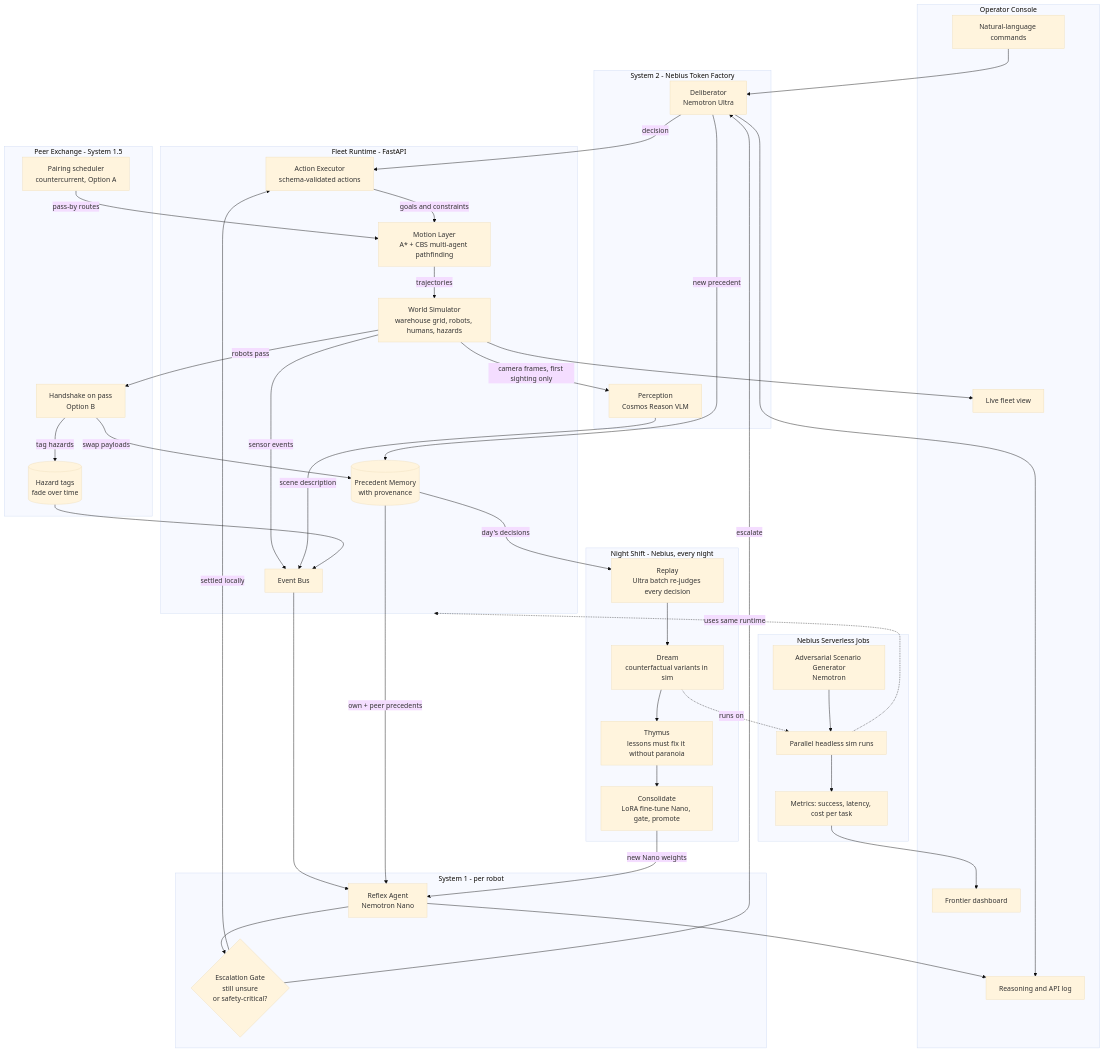
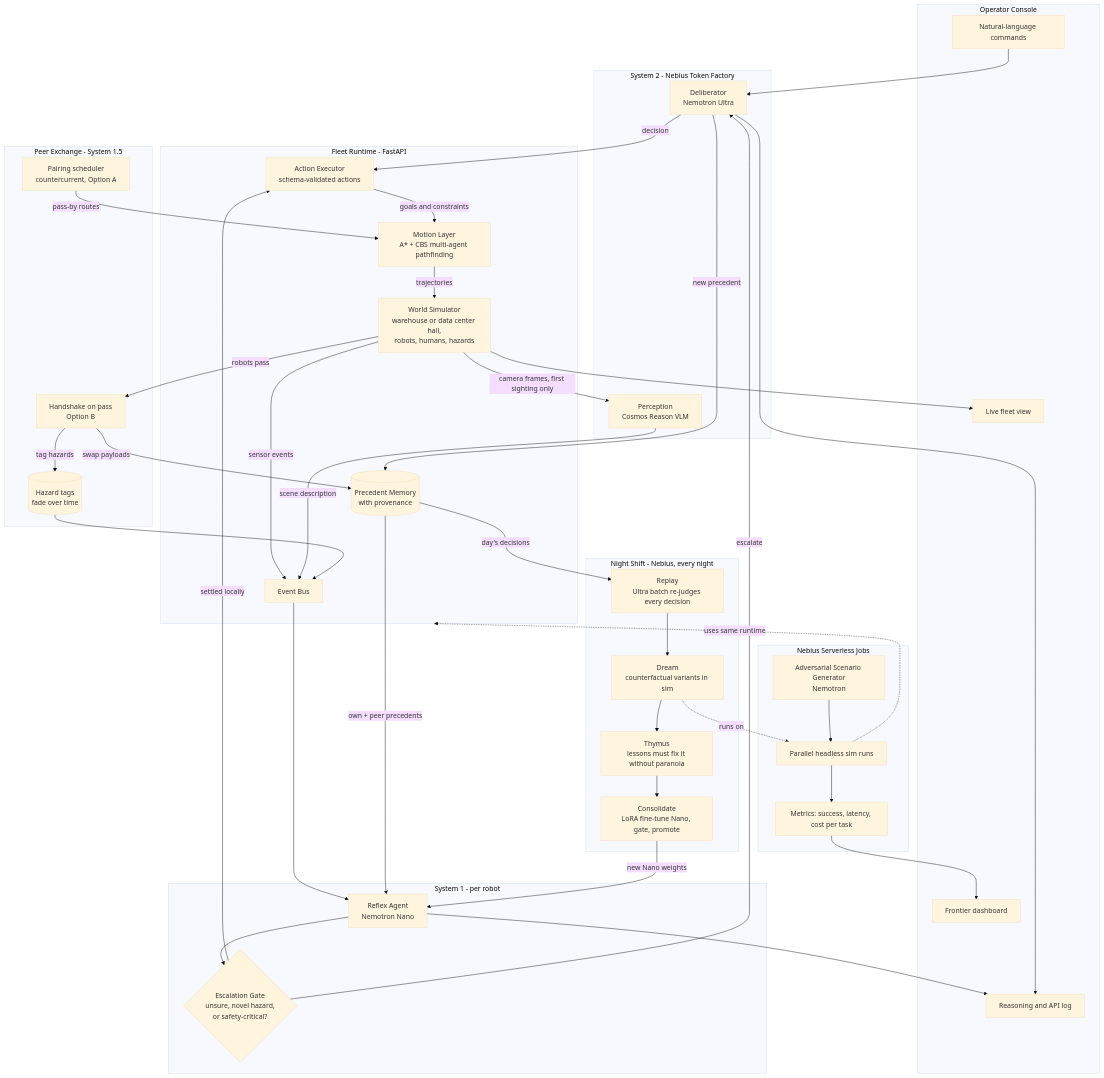
One commit to gretchenboria/NemoFleet changed the first of 9 diagrams in docs/ARCHITECTURE.md. Above: the diagram before and after it, drawn with Mermaid (base theme). The commit also changed other lines of this file and 14 other files, not shown here.

First line of the commit message:
Docs for the data center scene: two sites, live API, explainer

````diff
--- a/docs/ARCHITECTURE.md
+++ b/docs/ARCHITECTURE.md
@@ -27,75 +29,75 @@
 ```mermaid
 flowchart TB
     subgraph UI["Operator Console"]
         CMD["Natural-language commands"]
         VIEW["Live fleet view"]
         LOG["Reasoning and API log"]
         FRONT["Frontier dashboard"]
     end
 
     subgraph CORE["Fleet Runtime - FastAPI"]
-        SIM["World Simulator<br/>warehouse grid, robots, humans, hazards"]
+        SIM["World Simulator<br/>warehouse or data center hall,<br/>robots, humans, hazards"]
         EVT["Event Bus"]
         MOTION["Motion Layer<br/>A* + CBS multi-agent pathfinding"]
         EXEC["Action Executor<br/>schema-validated actions"]
         MEM[("Precedent Memory<br/>with provenance")]
     end
 
     subgraph PEER["Peer Exchange - System 1.5"]
         HAND["Handshake on pass<br/>Option B"]
         TAGS[("Hazard tags<br/>fade over time")]
         PAIR["Pairing scheduler<br/>countercurrent, Option A"]
     end
 
     subgraph EDGE["System 1 - per robot"]
         NANO["Reflex Agent<br/>Nemotron Nano"]
-        GATE{"Escalation Gate<br/>still unsure<br/>or safety-critical?"}
+        GATE{"Escalation Gate<br/>unsure, novel hazard,<br/>or safety-critical?"}
     end
 
     subgraph CLOUD["System 2 - Nebius Token Factory"]
         ULTRA["Deliberator<br/>Nemotron Ultra"]
         COSMOS["Perception<br/>Cosmos Reason VLM"]
     end
 
     subgraph BATCH["Nebius Serverless Jobs"]
         GEN["Adversarial Scenario Generator<br/>Nemotron"]
         RUN["Parallel headless sim runs"]
         AGG["Metrics: success, latency, cost per task"]
     end
 
     subgraph NIGHT["Night Shift - Nebius, every night"]
         REPLAY["Replay<br/>Ultra batch re-judges every decision"]
         DREAM["Dream<br/>counterfactual variants in sim"]
         THYMUS["Thymus<br/>lessons must fix it without paranoia"]
         DIST["Consolidate<br/>LoRA fine-tune Nano, gate, promote"]
     end
 
     CMD --> ULTRA
     SIM -- sensor events --> EVT
     SIM -- camera frames, first sighting only --> COSMOS
     COSMOS -- scene description --> EVT
     SIM -- robots pass --> HAND
     HAND -- swap payloads --> MEM
     HAND -- tag hazards --> TAGS
     TAGS --> EVT
     EVT --> NANO
     MEM -- own + peer precedents --> NANO
     NANO --> GATE
     GATE -- settled locally --> EXEC
     GATE -- escalate --> ULTRA
     ULTRA -- decision --> EXEC
     ULTRA -- new precedent --> MEM
     PAIR -- pass-by routes --> MOTION
     EXEC -- goals and constraints --> MOTION
     MOTION -- trajectories --> SIM
     SIM --> VIEW
     NANO --> LOG
     ULTRA --> LOG
 
     GEN --> RUN --> AGG --> FRONT
     MEM -- day's decisions --> REPLAY
     REPLAY --> DREAM --> THYMUS --> DIST
     DIST -- new Nano weights --> NANO
     DREAM -. runs on .-> RUN
     RUN -. uses same runtime .-> CORE
 ```
````
